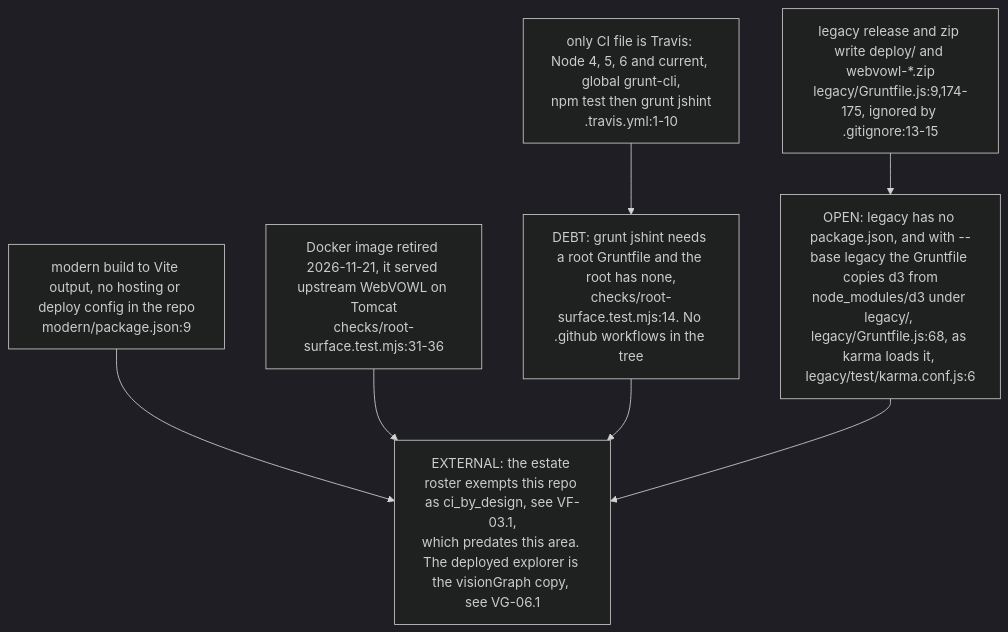
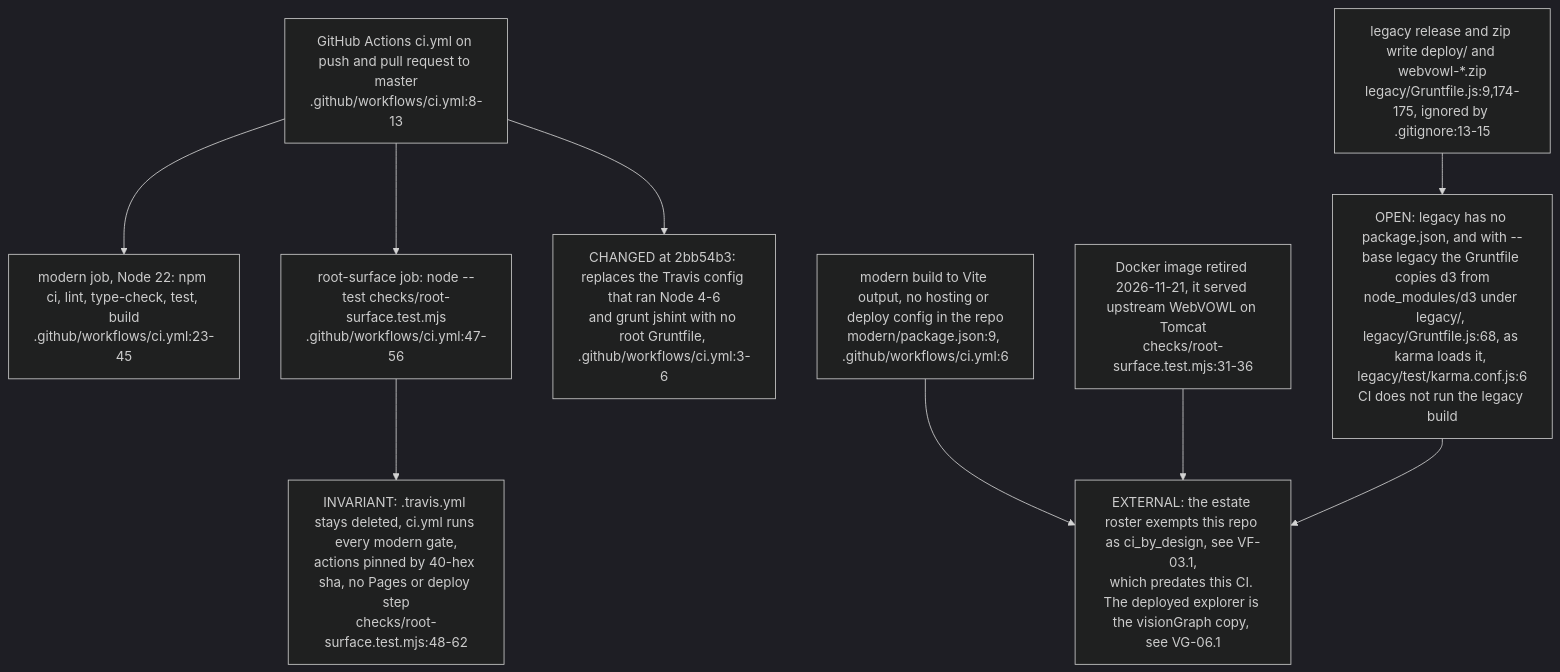
One commit to DreamLab-AI/VisionFlow changed the third of 3 diagrams in docs/diagrams/wasmvowl/04-build-test-ci-and-deploy.md. Above: the diagram before and after it, drawn with Mermaid (dark theme). The commit also changed other lines of this file and 4 other files, not shown here.

First line of the commit message:
docs(diagrams): wasmvowl re-verified at WasmVOWL 2bb54b3 (NggExplorer layout, camera, CI)

````diff
--- a/docs/diagrams/wasmvowl/04-build-test-ci-and-deploy.md
+++ b/docs/diagrams/wasmvowl/04-build-test-ci-and-deploy.md
@@ -73,9 +74,11 @@
 ```mermaid
 flowchart TB
-    TR["only CI file is Travis: Node 4, 5, 6 and current, global grunt-cli,<br/>npm test then grunt jshint<br/>.travis.yml:1-10"] --> D1["DEBT: grunt jshint needs a root Gruntfile and the root has none,<br/>checks/root-surface.test.mjs:14. No .github workflows in the tree"]
-    MB["modern build to Vite output, no hosting or deploy config in the repo<br/>modern/package.json:9"] --> D2["EXTERNAL: the estate roster exempts this repo as ci_by_design, see VF-03.1,<br/>which predates this area. The deployed explorer is the visionGraph copy, see VG-06.1"]
-    LR["legacy release and zip write deploy/ and webvowl-*.zip<br/>legacy/Gruntfile.js:9,174-175, ignored by .gitignore:13-15"] --> O1["OPEN: legacy has no package.json, and with --base legacy the Gruntfile copies d3 from<br/>node_modules/d3 under legacy/, legacy/Gruntfile.js:68, as karma loads it, legacy/test/karma.conf.js:6"]
+    CI["GitHub Actions ci.yml on push and pull request to master<br/>.github/workflows/ci.yml:8-13"] --> J1["modern job, Node 22: npm ci, lint, type-check, test, build<br/>.github/workflows/ci.yml:23-45"]
+    CI --> J2["root-surface job: node --test checks/root-surface.test.mjs<br/>.github/workflows/ci.yml:47-56"]
+    J2 --> G1["INVARIANT: .travis.yml stays deleted, ci.yml runs every modern gate,<br/>actions pinned by 40-hex sha, no Pages or deploy step<br/>checks/root-surface.test.mjs:48-62"]
+    CI --> C1["CHANGED at 2bb54b3: replaces the Travis config that ran Node 4-6<br/>and grunt jshint with no root Gruntfile, .github/workflows/ci.yml:3-6"]
+    MB["modern build to Vite output, no hosting or deploy config in the repo<br/>modern/package.json:9, .github/workflows/ci.yml:6"] --> D2["EXTERNAL: the estate roster exempts this repo as ci_by_design, see VF-03.1,<br/>which predates this CI. The deployed explorer is the visionGraph copy, see VG-06.1"]
+    LR["legacy release and zip write deploy/ and webvowl-*.zip<br/>legacy/Gruntfile.js:9,174-175, ignored by .gitignore:13-15"] --> O1["OPEN: legacy has no package.json, and with --base legacy the Gruntfile copies d3 from<br/>node_modules/d3 under legacy/, legacy/Gruntfile.js:68, as karma loads it, legacy/test/karma.conf.js:6<br/>CI does not run the legacy build"]
     DK["Docker image retired 2026-11-21, it served upstream WebVOWL on Tomcat<br/>checks/root-surface.test.mjs:31-36"] --> D2
-    D1 --> D2
     O1 --> D2
 ```
````
